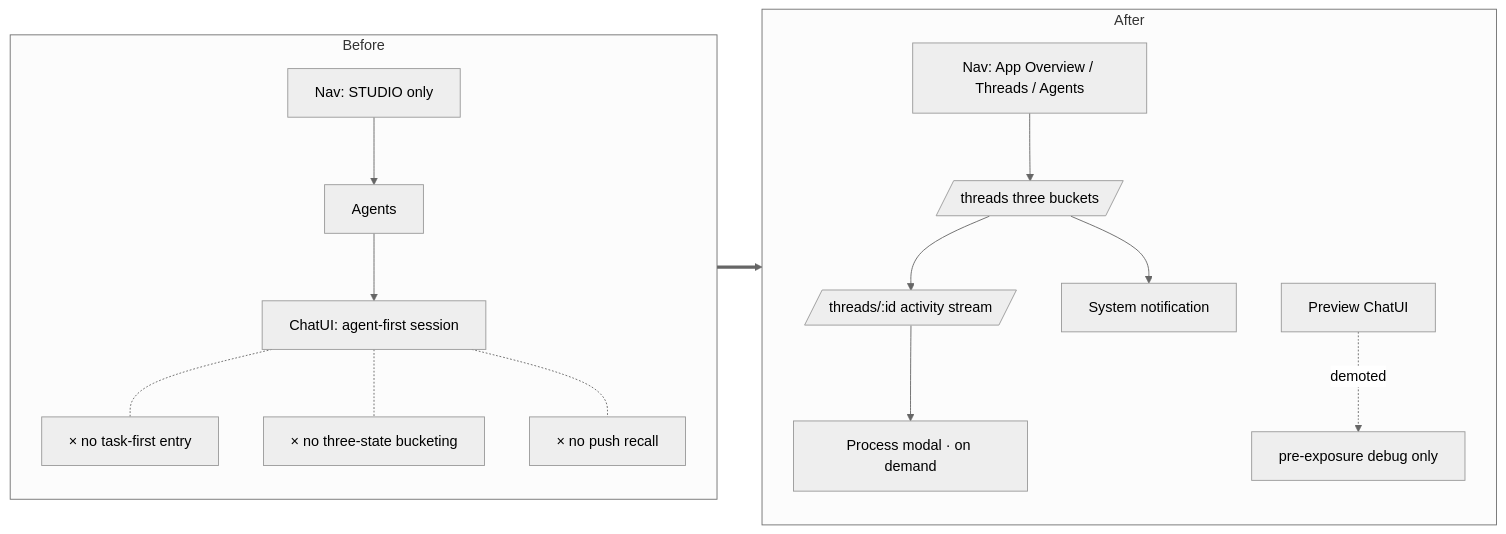
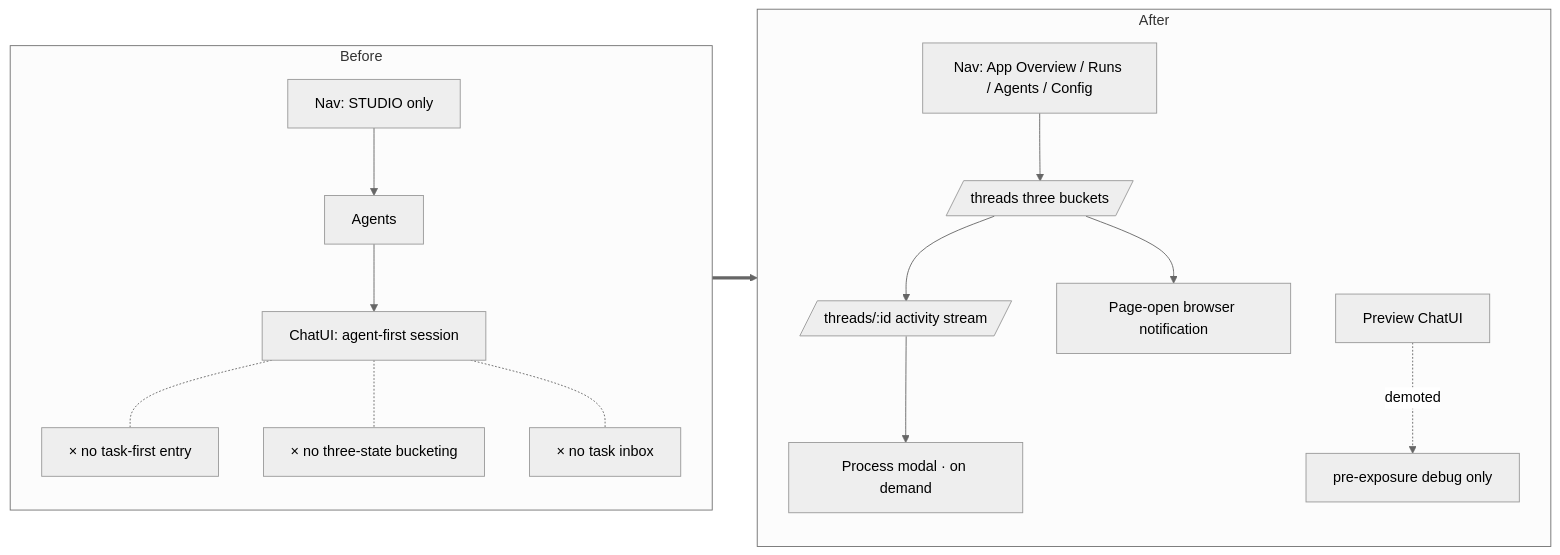
Before and after one commit to langgenius/mosoo: the first of 2 diagrams in docs/prd/default-consumption-surface.md, drawn with Mermaid (neutral theme). The commit also changed other lines of this file and 66 other files, not shown here.

````diff
--- a/docs/prd/default-consumption-surface.md
+++ b/docs/prd/default-consumption-surface.md
@@ -87,18 +106,18 @@
 ```mermaid
 flowchart LR
   subgraph Before
     BNav[Nav: STUDIO only] --> BAgents[Agents]
     BAgents --> BChat[ChatUI: agent-first session]
     BChat -.- BMiss[× no task-first entry]
     BChat -.- BMiss2[× no three-state bucketing]
-    BChat -.- BMiss3[× no push recall]
+    BChat -.- BMiss3[× no task inbox]
   end
   subgraph After
-    ANav[Nav: App Overview / Threads / Agents] --> AThreads[/threads three buckets/]
+    ANav[Nav: App Overview / Runs / Agents / Config] --> AThreads[/threads three buckets/]
     AThreads --> ADetail[/threads/:id activity stream/]
     ADetail --> AProcess[Process modal · on demand]
-    AThreads --> APush[System notification]
+    AThreads --> ANotice[Page-open browser notification]
     BChat2[Preview ChatUI] -.demoted.-> APreview[pre-exposure debug only]
   end
   Before ==> After
 ```
````
